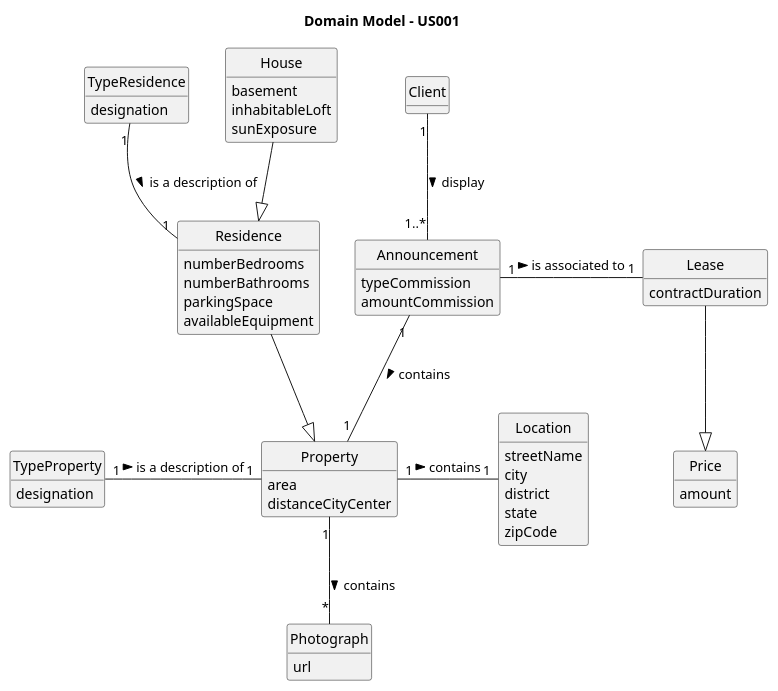
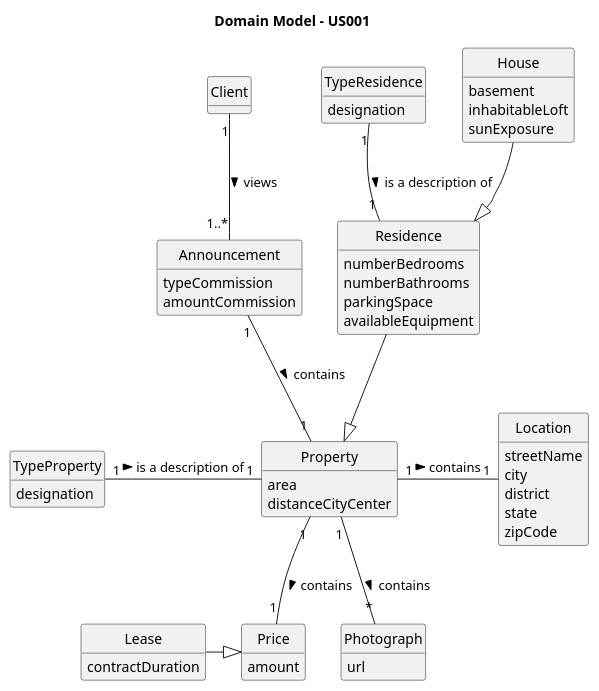
Before and after one commit to rita-barbosa/LAPR2-2223: the diagram in docs/sprintA/us001/02.analysis/puml/us001-domain-model.puml, drawn with PlantUML. The commit also changed 5 other files, not shown here.

```diff
--- a/docs/sprintA/us001/02.analysis/puml/us001-domain-model.puml
+++ b/docs/sprintA/us001/02.analysis/puml/us001-domain-model.puml
@@ -1,80 +1,80 @@
 @startuml
 skinparam monochrome true
 skinparam packageStyle rectangle
 skinparam shadowing false
 
 'left to right direction
 
 skinparam classAttributeIconSize 0
 
 hide circle
 hide methods
 
 title Domain Model - US001
 
 class Client{}
 
 class Announcement {
     typeCommission
     amountCommission
 }
 
 class Property{
       area
       distanceCityCenter
 }
 
 class Price{
 amount
 }
 
 class Lease{
 contractDuration
 }
 
 class Location{
 streetName
 city
 district
 state
 zipCode
 }
 
 class TypeProperty{
 designation
 }
 
 class TypeResidence{
 designation
 }
 
 class Photograph{
 url
 }
 
 class House{
  basement
  inhabitableLoft
  sunExposure
 }
 
 class Residence{
  numberBedrooms
  numberBathrooms
  parkingSpace
 availableEquipment
 }
 
 
-Client "1" -- "1..*" Announcement: display >
+Client "1" -- "1..*" Announcement: views >
 Announcement "1" -- "1" Property: contains >
-Announcement "1" - "1" Lease: is associated to >
 Residence  --|>  Property
 House --|> Residence
 TypeProperty "1" - "1" Property: is a description of >
 TypeResidence "1" -- "1" Residence: is a description of >
 Property "1" - "1" Location: contains >
 Property "1" -- "*" Photograph: contains >
-Price <|-up- Lease
+Price <|-left- Lease
+Property "1" -- "1" Price: contains >
 
 @enduml
```
